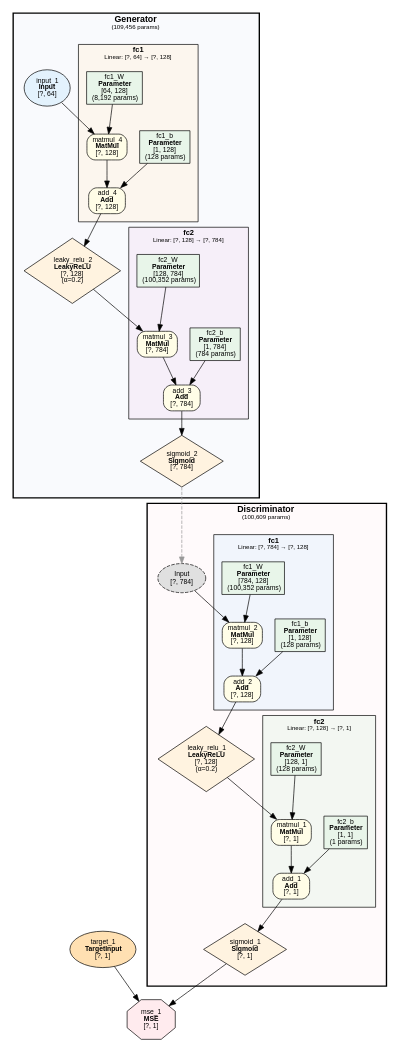
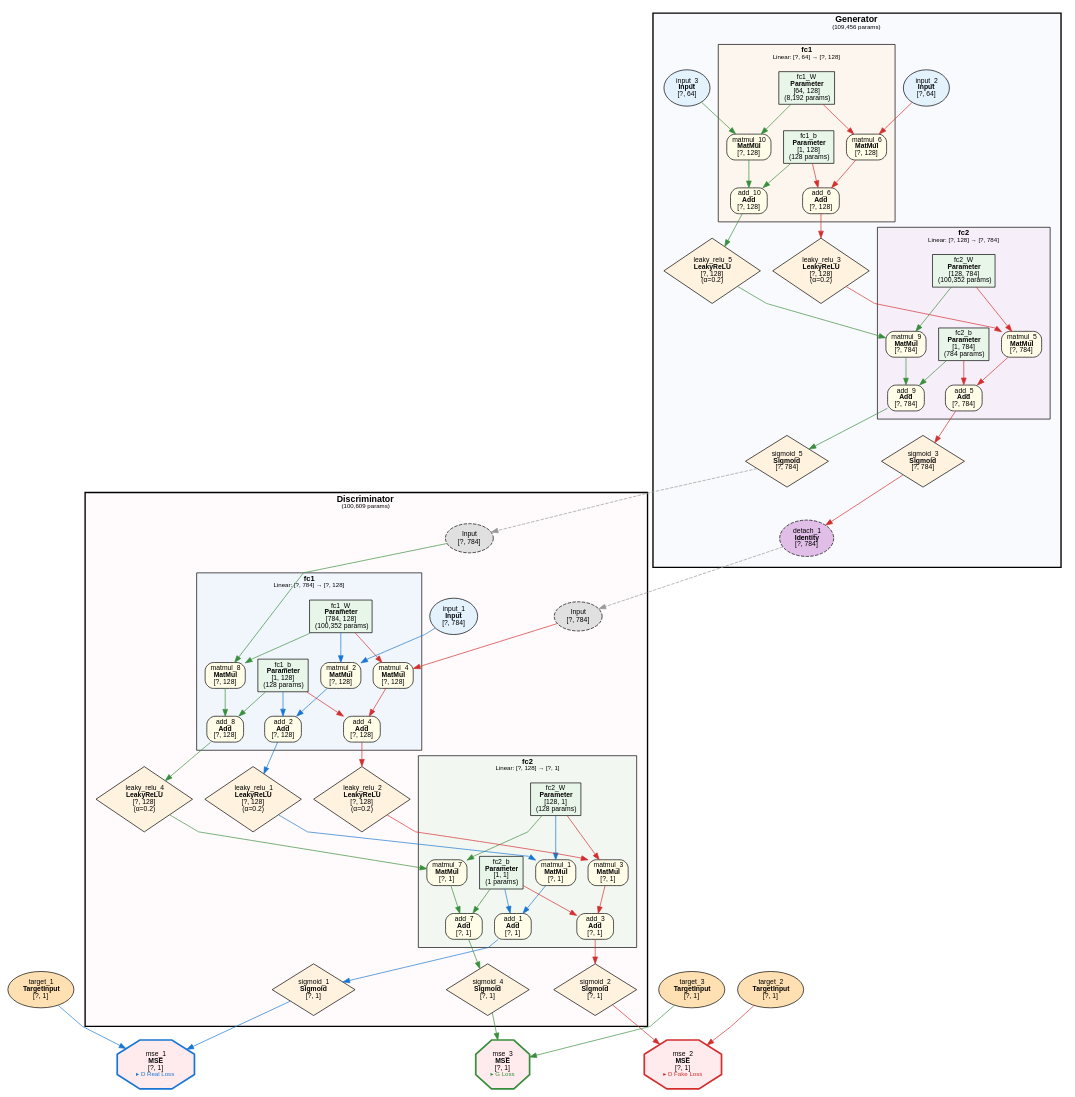
The diagram in examples/mnist_gan/mnist_gan.dot (dbsxdbsx/only_torch), drawn with Graphviz before and after one commit. The commit also changed 26 other files, not shown here.

First line of the commit message:
refactor(examples): 8 个示例改用 snapshot 可视化 + GAN 多 Loss 着色 + detach 节点命名

```diff
--- a/examples/mnist_gan/mnist_gan.dot
+++ b/examples/mnist_gan/mnist_gan.dot
@@ -1,112 +1,174 @@
 digraph ComputeGraph {
     rankdir=TB;
     newrank=true;
     splines=polyline;
     node [fontname="Microsoft YaHei,SimHei,Arial"];
     edge [fontname="Microsoft YaHei,SimHei,Arial"];
 
     subgraph cluster_model_Discriminator {
         label=<<B>Discriminator</B><BR/><FONT POINT-SIZE="9">(100,609 params)</FONT>>;
         style="filled,bold";
         fillcolor="#FFEBEE40";
         fontname="Microsoft YaHei,SimHei,Arial";
         fontsize=13;
         margin=16;
 
         subgraph cluster_Discriminator_fc1 {
             label=<<B>fc1</B><BR/><FONT POINT-SIZE="9">Linear: [?, 784] → [?, 128]</FONT>>;
             style=filled;
             fillcolor="#E3F2FD80";
             fontname="Microsoft YaHei,SimHei,Arial";
             fontsize=11;
             margin=12;
                 "9" [label=<add_2<BR/><B>Add</B><BR/>[?, 128]> shape=box style="filled,rounded" fillcolor="#FFFDE7" fontsize=10];
                 "10" [label=<matmul_2<BR/><B>MatMul</B><BR/>[?, 128]> shape=box style="filled,rounded" fillcolor="#FFFDE7" fontsize=10];
                 "11" [label=<fc1_b<BR/><B>Parameter</B><BR/>[1, 128]<BR/>(128 params)> shape=box style=filled fillcolor="#E8F5E9" fontsize=10];
                 "13" [label=<fc1_W<BR/><B>Parameter</B><BR/>[784, 128]<BR/>(100,352 params)> shape=box style=filled fillcolor="#E8F5E9" fontsize=10];
+                "20" [label=<add_4<BR/><B>Add</B><BR/>[?, 128]> shape=box style="filled,rounded" fillcolor="#FFFDE7" fontsize=10];
+                "21" [label=<matmul_4<BR/><B>MatMul</B><BR/>[?, 128]> shape=box style="filled,rounded" fillcolor="#FFFDE7" fontsize=10];
+                "40" [label=<add_8<BR/><B>Add</B><BR/>[?, 128]> shape=box style="filled,rounded" fillcolor="#FFFDE7" fontsize=10];
+                "41" [label=<matmul_8<BR/><B>MatMul</B><BR/>[?, 128]> shape=box style="filled,rounded" fillcolor="#FFFDE7" fontsize=10];
         }
 
         subgraph cluster_Discriminator_fc2 {
             label=<<B>fc2</B><BR/><FONT POINT-SIZE="9">Linear: [?, 128] → [?, 1]</FONT>>;
             style=filled;
             fillcolor="#E8F5E980";
             fontname="Microsoft YaHei,SimHei,Arial";
             fontsize=11;
             margin=12;
                 "4" [label=<add_1<BR/><B>Add</B><BR/>[?, 1]> shape=box style="filled,rounded" fillcolor="#FFFDE7" fontsize=10];
                 "5" [label=<matmul_1<BR/><B>MatMul</B><BR/>[?, 1]> shape=box style="filled,rounded" fillcolor="#FFFDE7" fontsize=10];
                 "6" [label=<fc2_b<BR/><B>Parameter</B><BR/>[1, 1]<BR/>(1 params)> shape=box style=filled fillcolor="#E8F5E9" fontsize=10];
                 "8" [label=<fc2_W<BR/><B>Parameter</B><BR/>[128, 1]<BR/>(128 params)> shape=box style=filled fillcolor="#E8F5E9" fontsize=10];
+                "17" [label=<add_3<BR/><B>Add</B><BR/>[?, 1]> shape=box style="filled,rounded" fillcolor="#FFFDE7" fontsize=10];
+                "18" [label=<matmul_3<BR/><B>MatMul</B><BR/>[?, 1]> shape=box style="filled,rounded" fillcolor="#FFFDE7" fontsize=10];
+                "37" [label=<add_7<BR/><B>Add</B><BR/>[?, 1]> shape=box style="filled,rounded" fillcolor="#FFFDE7" fontsize=10];
+                "38" [label=<matmul_7<BR/><B>MatMul</B><BR/>[?, 1]> shape=box style="filled,rounded" fillcolor="#FFFDE7" fontsize=10];
         }
 
         "2" [label=<sigmoid_1<BR/><B>Sigmoid</B><BR/>[?, 1]> shape=diamond style=filled fillcolor="#FFF3E0" fontsize=10];
         "7" [label=<leaky_relu_1<BR/><B>LeakyReLU</B><BR/>[?, 128]<BR/>(α=0.2)> shape=diamond style=filled fillcolor="#FFF3E0" fontsize=10];
-        "virt_12_Discriminator" [label=<Input<BR/>[?, 784]> shape=ellipse style="filled,dashed" fillcolor="#E0E0E0" fontsize=10];
+        "12" [label=<input_1<BR/><B>Input</B><BR/>[?, 784]> shape=ellipse style=filled fillcolor="#E3F2FD" fontsize=10];
+        "15" [label=<sigmoid_2<BR/><B>Sigmoid</B><BR/>[?, 1]> shape=diamond style=filled fillcolor="#FFF3E0" fontsize=10];
+        "19" [label=<leaky_relu_2<BR/><B>LeakyReLU</B><BR/>[?, 128]<BR/>(α=0.2)> shape=diamond style=filled fillcolor="#FFF3E0" fontsize=10];
+        "35" [label=<sigmoid_4<BR/><B>Sigmoid</B><BR/>[?, 1]> shape=diamond style=filled fillcolor="#FFF3E0" fontsize=10];
+        "39" [label=<leaky_relu_4<BR/><B>LeakyReLU</B><BR/>[?, 128]<BR/>(α=0.2)> shape=diamond style=filled fillcolor="#FFF3E0" fontsize=10];
+        "virt_22_Discriminator" [label=<Input<BR/>[?, 784]> shape=ellipse style="filled,dashed" fillcolor="#E0E0E0" fontsize=10];
+        "virt_42_Discriminator" [label=<Input<BR/>[?, 784]> shape=ellipse style="filled,dashed" fillcolor="#E0E0E0" fontsize=10];
     }
 
     subgraph cluster_model_Generator {
         label=<<B>Generator</B><BR/><FONT POINT-SIZE="9">(109,456 params)</FONT>>;
         style="filled,bold";
         fillcolor="#E8EAF640";
         fontname="Microsoft YaHei,SimHei,Arial";
         fontsize=13;
         margin=16;
 
         subgraph cluster_Generator_fc1 {
             label=<<B>fc1</B><BR/><FONT POINT-SIZE="9">Linear: [?, 64] → [?, 128]</FONT>>;
             style=filled;
             fillcolor="#FFF3E080";
             fontname="Microsoft YaHei,SimHei,Arial";
             fontsize=11;
             margin=12;
-                "19" [label=<add_4<BR/><B>Add</B><BR/>[?, 128]> shape=box style="filled,rounded" fillcolor="#FFFDE7" fontsize=10];
-                "20" [label=<matmul_4<BR/><B>MatMul</B><BR/>[?, 128]> shape=box style="filled,rounded" fillcolor="#FFFDE7" fontsize=10];
-                "21" [label=<fc1_b<BR/><B>Parameter</B><BR/>[1, 128]<BR/>(128 params)> shape=box style=filled fillcolor="#E8F5E9" fontsize=10];
-                "23" [label=<fc1_W<BR/><B>Parameter</B><BR/>[64, 128]<BR/>(8,192 params)> shape=box style=filled fillcolor="#E8F5E9" fontsize=10];
+                "29" [label=<add_6<BR/><B>Add</B><BR/>[?, 128]> shape=box style="filled,rounded" fillcolor="#FFFDE7" fontsize=10];
+                "30" [label=<matmul_6<BR/><B>MatMul</B><BR/>[?, 128]> shape=box style="filled,rounded" fillcolor="#FFFDE7" fontsize=10];
+                "31" [label=<fc1_b<BR/><B>Parameter</B><BR/>[1, 128]<BR/>(128 params)> shape=box style=filled fillcolor="#E8F5E9" fontsize=10];
+                "33" [label=<fc1_W<BR/><B>Parameter</B><BR/>[64, 128]<BR/>(8,192 params)> shape=box style=filled fillcolor="#E8F5E9" fontsize=10];
+                "46" [label=<add_10<BR/><B>Add</B><BR/>[?, 128]> shape=box style="filled,rounded" fillcolor="#FFFDE7" fontsize=10];
+                "47" [label=<matmul_10<BR/><B>MatMul</B><BR/>[?, 128]> shape=box style="filled,rounded" fillcolor="#FFFDE7" fontsize=10];
         }
 
         subgraph cluster_Generator_fc2 {
             label=<<B>fc2</B><BR/><FONT POINT-SIZE="9">Linear: [?, 128] → [?, 784]</FONT>>;
             style=filled;
             fillcolor="#F3E5F580";
             fontname="Microsoft YaHei,SimHei,Arial";
             fontsize=11;
             margin=12;
-                "14" [label=<add_3<BR/><B>Add</B><BR/>[?, 784]> shape=box style="filled,rounded" fillcolor="#FFFDE7" fontsize=10];
-                "15" [label=<matmul_3<BR/><B>MatMul</B><BR/>[?, 784]> shape=box style="filled,rounded" fillcolor="#FFFDE7" fontsize=10];
-                "16" [label=<fc2_b<BR/><B>Parameter</B><BR/>[1, 784]<BR/>(784 params)> shape=box style=filled fillcolor="#E8F5E9" fontsize=10];
-                "18" [label=<fc2_W<BR/><B>Parameter</B><BR/>[128, 784]<BR/>(100,352 params)> shape=box style=filled fillcolor="#E8F5E9" fontsize=10];
+                "24" [label=<add_5<BR/><B>Add</B><BR/>[?, 784]> shape=box style="filled,rounded" fillcolor="#FFFDE7" fontsize=10];
+                "25" [label=<matmul_5<BR/><B>MatMul</B><BR/>[?, 784]> shape=box style="filled,rounded" fillcolor="#FFFDE7" fontsize=10];
+                "26" [label=<fc2_b<BR/><B>Parameter</B><BR/>[1, 784]<BR/>(784 params)> shape=box style=filled fillcolor="#E8F5E9" fontsize=10];
+                "28" [label=<fc2_W<BR/><B>Parameter</B><BR/>[128, 784]<BR/>(100,352 params)> shape=box style=filled fillcolor="#E8F5E9" fontsize=10];
+                "43" [label=<add_9<BR/><B>Add</B><BR/>[?, 784]> shape=box style="filled,rounded" fillcolor="#FFFDE7" fontsize=10];
+                "44" [label=<matmul_9<BR/><B>MatMul</B><BR/>[?, 784]> shape=box style="filled,rounded" fillcolor="#FFFDE7" fontsize=10];
         }
 
-        "12" [label=<sigmoid_2<BR/><B>Sigmoid</B><BR/>[?, 784]> shape=diamond style=filled fillcolor="#FFF3E0" fontsize=10];
-        "17" [label=<leaky_relu_2<BR/><B>LeakyReLU</B><BR/>[?, 128]<BR/>(α=0.2)> shape=diamond style=filled fillcolor="#FFF3E0" fontsize=10];
-        "22" [label=<input_1<BR/><B>Input</B><BR/>[?, 64]> shape=ellipse style=filled fillcolor="#E3F2FD" fontsize=10];
+        "22" [label=<detach_1<BR/><B>Identity</B><BR/>[?, 784]> shape=ellipse style="filled,dashed" fillcolor="#E1BEE7" fontsize=10];
+        "23" [label=<sigmoid_3<BR/><B>Sigmoid</B><BR/>[?, 784]> shape=diamond style=filled fillcolor="#FFF3E0" fontsize=10];
+        "27" [label=<leaky_relu_3<BR/><B>LeakyReLU</B><BR/>[?, 128]<BR/>(α=0.2)> shape=diamond style=filled fillcolor="#FFF3E0" fontsize=10];
+        "32" [label=<input_2<BR/><B>Input</B><BR/>[?, 64]> shape=ellipse style=filled fillcolor="#E3F2FD" fontsize=10];
+        "42" [label=<sigmoid_5<BR/><B>Sigmoid</B><BR/>[?, 784]> shape=diamond style=filled fillcolor="#FFF3E0" fontsize=10];
+        "45" [label=<leaky_relu_5<BR/><B>LeakyReLU</B><BR/>[?, 128]<BR/>(α=0.2)> shape=diamond style=filled fillcolor="#FFF3E0" fontsize=10];
+        "48" [label=<input_3<BR/><B>Input</B><BR/>[?, 64]> shape=ellipse style=filled fillcolor="#E3F2FD" fontsize=10];
     }
 
-    "1" [label=<mse_1<BR/><B>MSE</B><BR/>[?, 1]> shape=octagon style=filled fillcolor="#FFEBEE" fontsize=10];
+    "1" [label=<mse_1<BR/><B>MSE</B><BR/>[?, 1]<BR/><FONT COLOR="#1976D2" POINT-SIZE="9">▸ D Real Loss</FONT>> shape=octagon style=filled fillcolor="#FFEBEE" fontsize=10 penwidth=2.5 color="#1976D2"];
     "3" [label=<target_1<BR/><B>TargetInput</B><BR/>[?, 1]> shape=ellipse style=filled fillcolor="#FFE0B2" fontsize=10];
+    "14" [label=<mse_2<BR/><B>MSE</B><BR/>[?, 1]<BR/><FONT COLOR="#D32F2F" POINT-SIZE="9">▸ D Fake Loss</FONT>> shape=octagon style=filled fillcolor="#FFEBEE" fontsize=10 penwidth=2.5 color="#D32F2F"];
+    "16" [label=<target_2<BR/><B>TargetInput</B><BR/>[?, 1]> shape=ellipse style=filled fillcolor="#FFE0B2" fontsize=10];
+    "34" [label=<mse_3<BR/><B>MSE</B><BR/>[?, 1]<BR/><FONT COLOR="#388E3C" POINT-SIZE="9">▸ G Loss</FONT>> shape=octagon style=filled fillcolor="#FFEBEE" fontsize=10 penwidth=2.5 color="#388E3C"];
+    "36" [label=<target_3<BR/><B>TargetInput</B><BR/>[?, 1]> shape=ellipse style=filled fillcolor="#FFE0B2" fontsize=10];
 
-    "2" -> "1";
-    "3" -> "1";
-    "4" -> "2";
-    "5" -> "4";
-    "6" -> "4";
-    "7" -> "5";
-    "8" -> "5";
-    "9" -> "7";
-    "10" -> "9";
-    "11" -> "9";
-    "12" -> "virt_12_Discriminator" [style=dashed color="#999999"];
-    "virt_12_Discriminator" -> "10";
-    "13" -> "10";
-    "14" -> "12";
-    "15" -> "14";
-    "16" -> "14";
-    "17" -> "15";
-    "18" -> "15";
-    "19" -> "17";
-    "20" -> "19";
-    "21" -> "19";
-    "22" -> "20";
-    "23" -> "20";
+    "2" -> "1" [color="#1976D2"];
+    "3" -> "1" [color="#1976D2"];
+    "4" -> "2" [color="#1976D2"];
+    "5" -> "4" [color="#1976D2"];
+    "6" -> "4" [color="#1976D2"];
+    "7" -> "5" [color="#1976D2"];
+    "8" -> "5" [color="#1976D2"];
+    "9" -> "7" [color="#1976D2"];
+    "10" -> "9" [color="#1976D2"];
+    "11" -> "9" [color="#1976D2"];
+    "12" -> "10" [color="#1976D2"];
+    "13" -> "10" [color="#1976D2"];
+    "15" -> "14" [color="#D32F2F"];
+    "16" -> "14" [color="#D32F2F"];
+    "17" -> "15" [color="#D32F2F"];
+    "18" -> "17" [color="#D32F2F"];
+    "6" -> "17" [color="#D32F2F"];
+    "19" -> "18" [color="#D32F2F"];
+    "8" -> "18" [color="#D32F2F"];
+    "20" -> "19" [color="#D32F2F"];
+    "21" -> "20" [color="#D32F2F"];
+    "11" -> "20" [color="#D32F2F"];
+    "22" -> "virt_22_Discriminator" [style=dashed color="#999999"];
+    "virt_22_Discriminator" -> "21" [color="#D32F2F"];
+    "13" -> "21" [color="#D32F2F"];
+    "23" -> "22" [color="#D32F2F"];
+    "24" -> "23" [color="#D32F2F"];
+    "25" -> "24" [color="#D32F2F"];
+    "26" -> "24" [color="#D32F2F"];
+    "27" -> "25" [color="#D32F2F"];
+    "28" -> "25" [color="#D32F2F"];
+    "29" -> "27" [color="#D32F2F"];
+    "30" -> "29" [color="#D32F2F"];
+    "31" -> "29" [color="#D32F2F"];
+    "32" -> "30" [color="#D32F2F"];
+    "33" -> "30" [color="#D32F2F"];
+    "35" -> "34" [color="#388E3C"];
+    "36" -> "34" [color="#388E3C"];
+    "37" -> "35" [color="#388E3C"];
+    "38" -> "37" [color="#388E3C"];
+    "6" -> "37" [color="#388E3C"];
+    "39" -> "38" [color="#388E3C"];
+    "8" -> "38" [color="#388E3C"];
+    "40" -> "39" [color="#388E3C"];
+    "41" -> "40" [color="#388E3C"];
+    "11" -> "40" [color="#388E3C"];
+    "42" -> "virt_42_Discriminator" [style=dashed color="#999999"];
+    "virt_42_Discriminator" -> "41" [color="#388E3C"];
+    "13" -> "41" [color="#388E3C"];
+    "43" -> "42" [color="#388E3C"];
+    "44" -> "43" [color="#388E3C"];
+    "26" -> "43" [color="#388E3C"];
+    "45" -> "44" [color="#388E3C"];
+    "28" -> "44" [color="#388E3C"];
+    "46" -> "45" [color="#388E3C"];
+    "47" -> "46" [color="#388E3C"];
+    "31" -> "46" [color="#388E3C"];
+    "48" -> "47" [color="#388E3C"];
+    "33" -> "47" [color="#388E3C"];
 }
```
